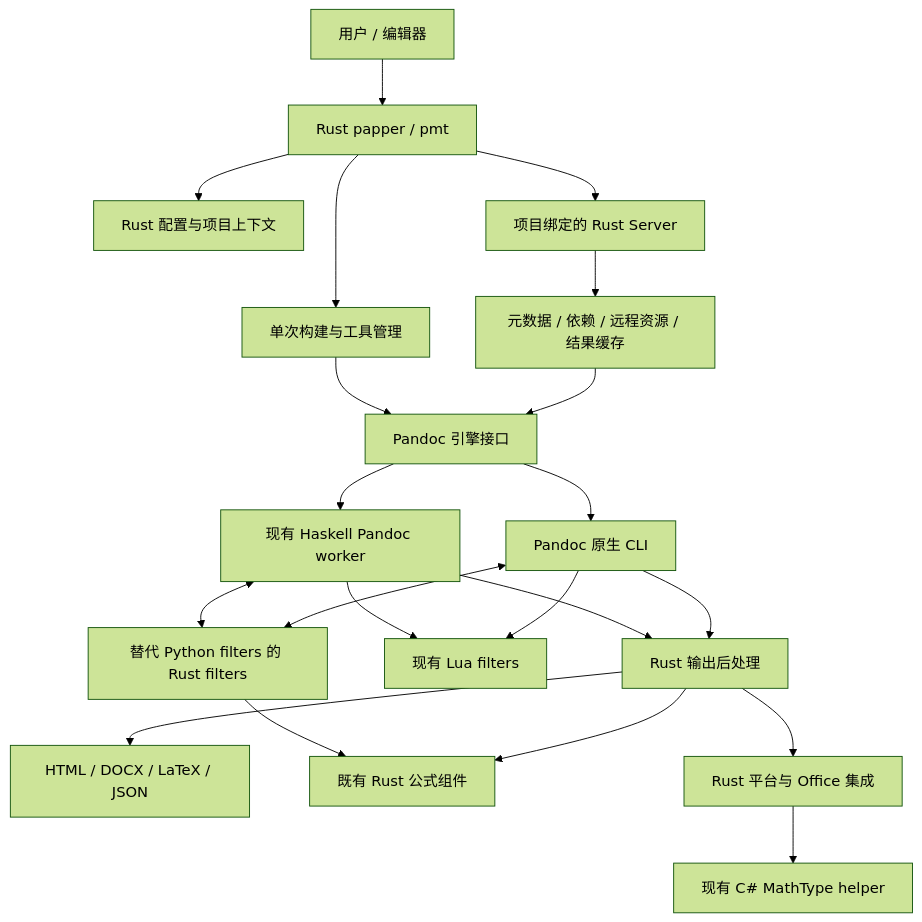
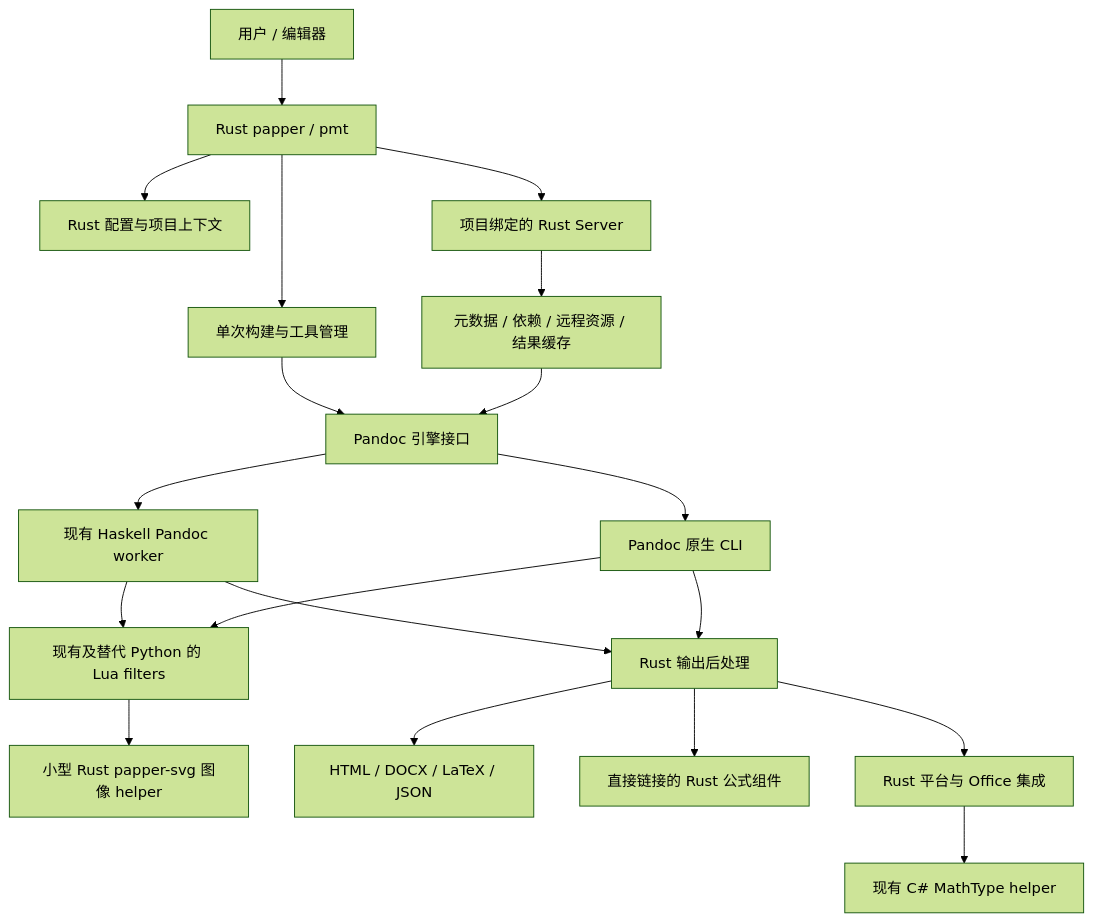
One commit to cesaryuan/papper changed the diagram in RUST_MIGRATION_PLAN.md. Above: the diagram before and after it, drawn with Mermaid (forest theme). The commit also changed other lines of this file and 65 other files, not shown here.

````diff
--- a/RUST_MIGRATION_PLAN.md
+++ b/RUST_MIGRATION_PLAN.md
@@ -62,23 +67,21 @@
 ```mermaid
 flowchart TD
     User[用户 / 编辑器] --> CLI[Rust papper / pmt]
     CLI --> Config[Rust 配置与项目上下文]
     CLI --> Local[单次构建与工具管理]
     CLI --> HTTP[项目绑定的 Rust Server]
     HTTP --> Cache[元数据 / 依赖 / 远程资源 / 结果缓存]
     Local --> Engine[Pandoc 引擎接口]
     Cache --> Engine
     Engine --> Worker[现有 Haskell Pandoc worker]
     Engine --> Process[Pandoc 原生 CLI]
-    Worker <--> AST[替代 Python filters 的 Rust filters]
-    Process <--> AST
-    Worker --> Lua[现有 Lua filters]
+    Worker --> Lua[现有及替代 Python 的 Lua filters]
     Process --> Lua
+    Lua --> Images[小型 Rust papper-svg 图像 helper]
     Worker --> Transform[Rust 输出后处理]
     Process --> Transform
     Transform --> Output[HTML / DOCX / LaTeX / JSON]
-    AST --> Formula[既有 Rust 公式组件]
-    Transform --> Formula
+    Transform --> Formula[直接链接的 Rust 公式组件]
     Transform --> Platform[Rust 平台与 Office 集成]
     Platform --> Helper[现有 C# MathType helper]
 ```
````
